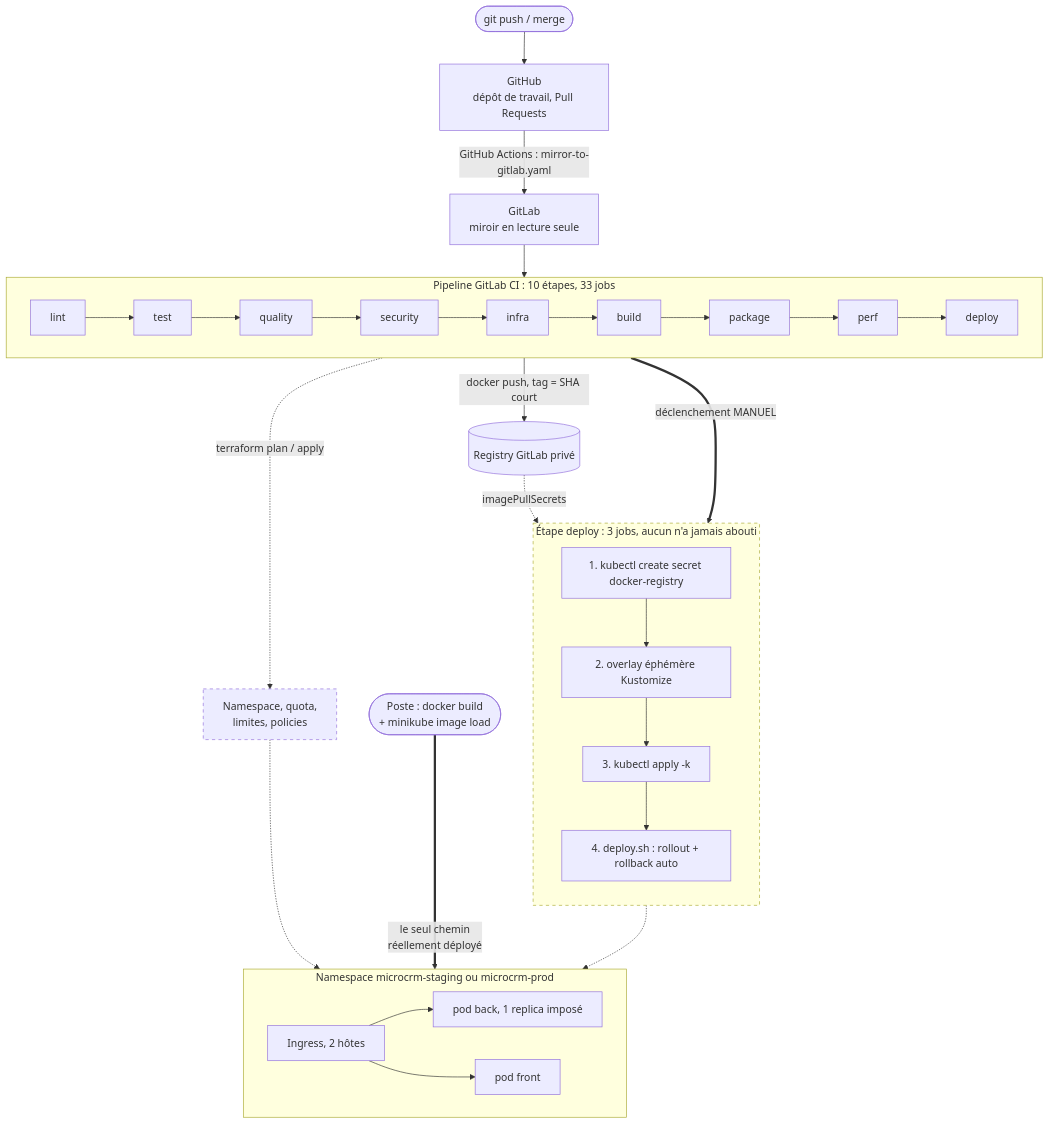
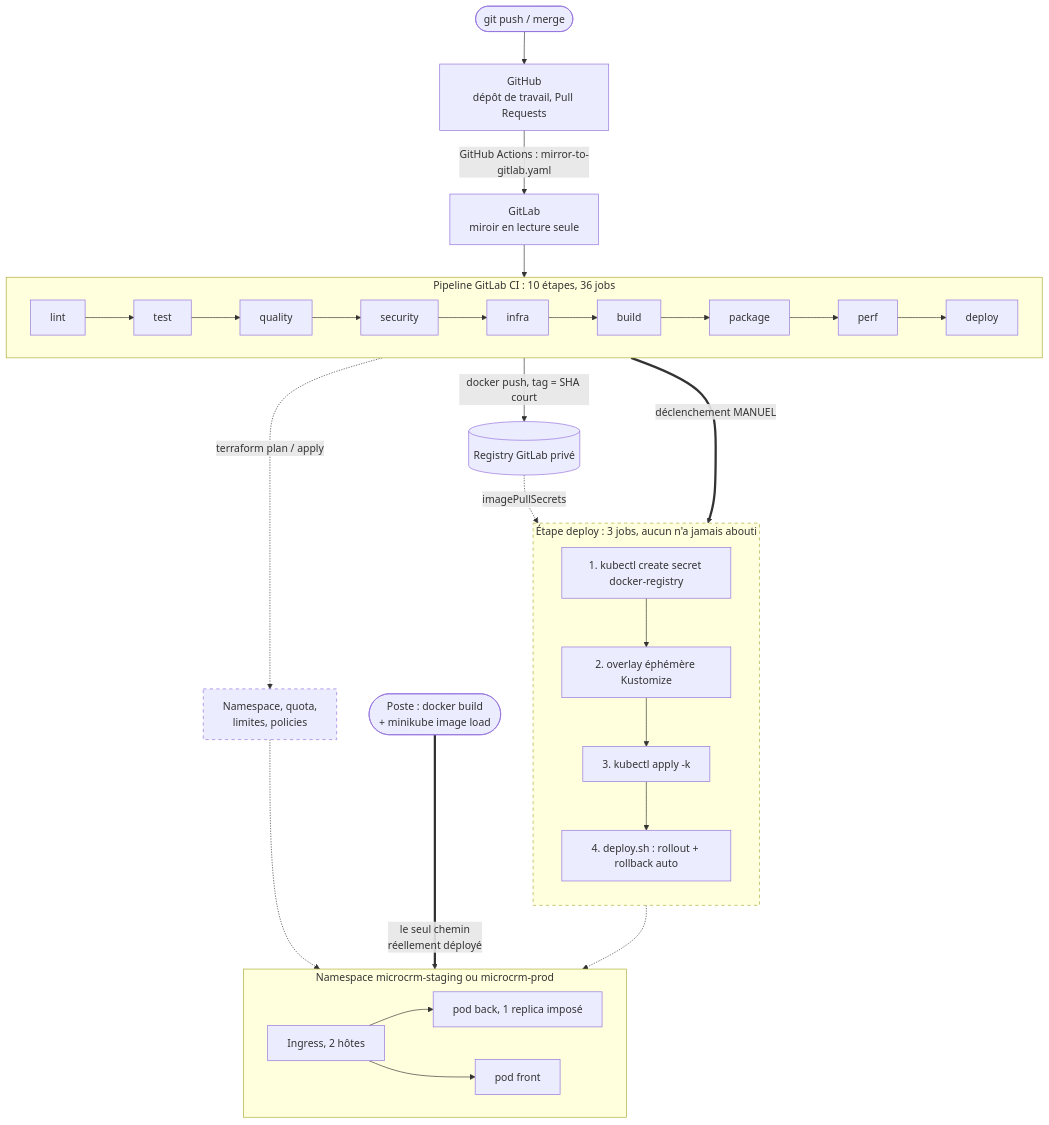
One commit to TedPasquiet/G-rez-le-cycle-de-vie-de-d-veloppement-logiciel changed the first of 2 diagrams in docs/documentation-infrastructure.md. Above: the diagram before and after it, drawn with Mermaid. The commit also changed 17 other files, not shown here.

````diff
--- a/docs/documentation-infrastructure.md
+++ b/docs/documentation-infrastructure.md
@@ -66,35 +66,35 @@
 ```mermaid
 flowchart TB
     dev(["git push / merge"]) --> gh["GitHub<br/>dépôt de travail, Pull Requests"]
     gh -->|"GitHub Actions : mirror-to-gitlab.yaml"| gl["GitLab<br/>miroir en lecture seule"]
     gl --> pipe
-    subgraph pipe["Pipeline GitLab CI : 10 étapes, 33 jobs"]
+    subgraph pipe["Pipeline GitLab CI : 10 étapes, 36 jobs"]
         direction LR
         s1["lint"] --> s2["test"] --> s3["quality"] --> s4["security"] --> s5["infra"] --> s6["build"] --> s7["package"] --> s8["perf"] --> s9["deploy"]
     end
     s7 -->|"docker push, tag = SHA court"| reg[("Registry GitLab privé")]
     s5 -.->|"terraform plan / apply"| tf["Namespace, quota,<br/>limites, policies"]
     s9 == "déclenchement MANUEL" ==> jobs
     subgraph jobs["Étape deploy : 3 jobs, aucun n'a jamais abouti"]
         direction TB
         j1["1. kubectl create secret docker-registry"]
         j2["2. overlay éphémère Kustomize"]
         j3["3. kubectl apply -k"]
         j4["4. deploy.sh : rollout + rollback auto"]
         j1 --> j2 --> j3 --> j4
     end
     reg -.->|"imagePullSecrets"| j3
     tf -.-> ns
     j4 -.-> ns
     subgraph ns["Namespace microcrm-staging ou microcrm-prod"]
         direction LR
         ing["Ingress, 2 hôtes"]
         pb["pod back, 1 replica imposé"]
         pf["pod front"]
         ing --> pb
         ing --> pf
     end
     poste(["Poste : docker build<br/>+ minikube image load"]) ==>|"le seul chemin<br/>réellement déployé"| ns
     classDef jamais stroke-dasharray: 5 5;
     class jobs,tf jamais;
 ```
````
